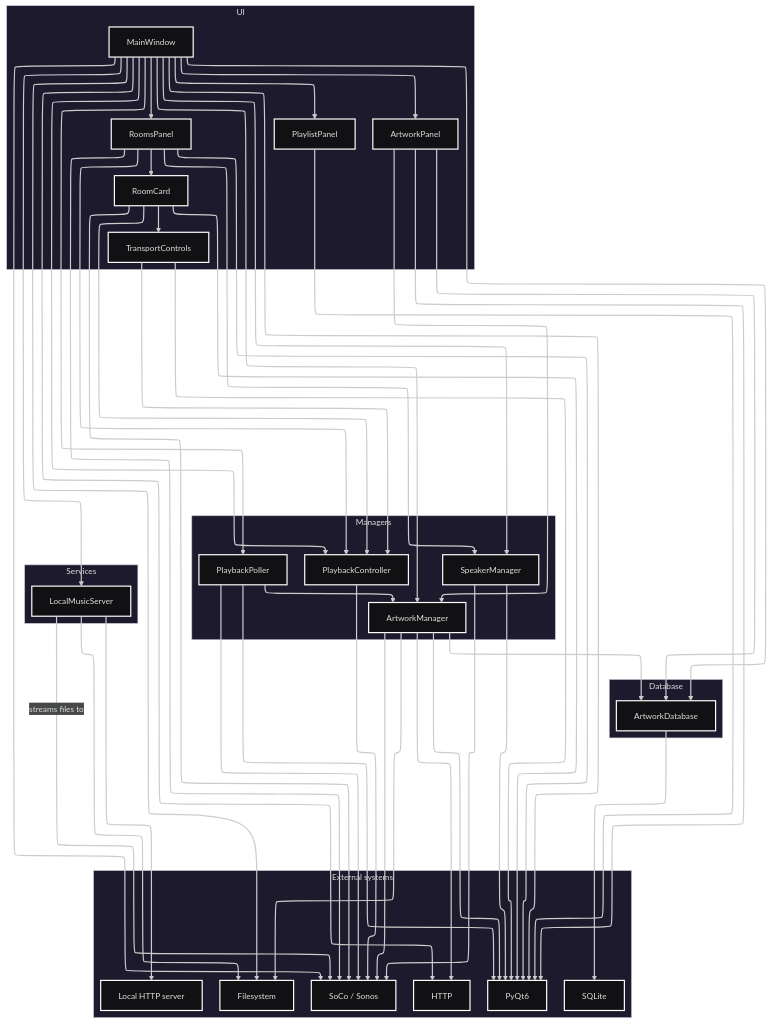
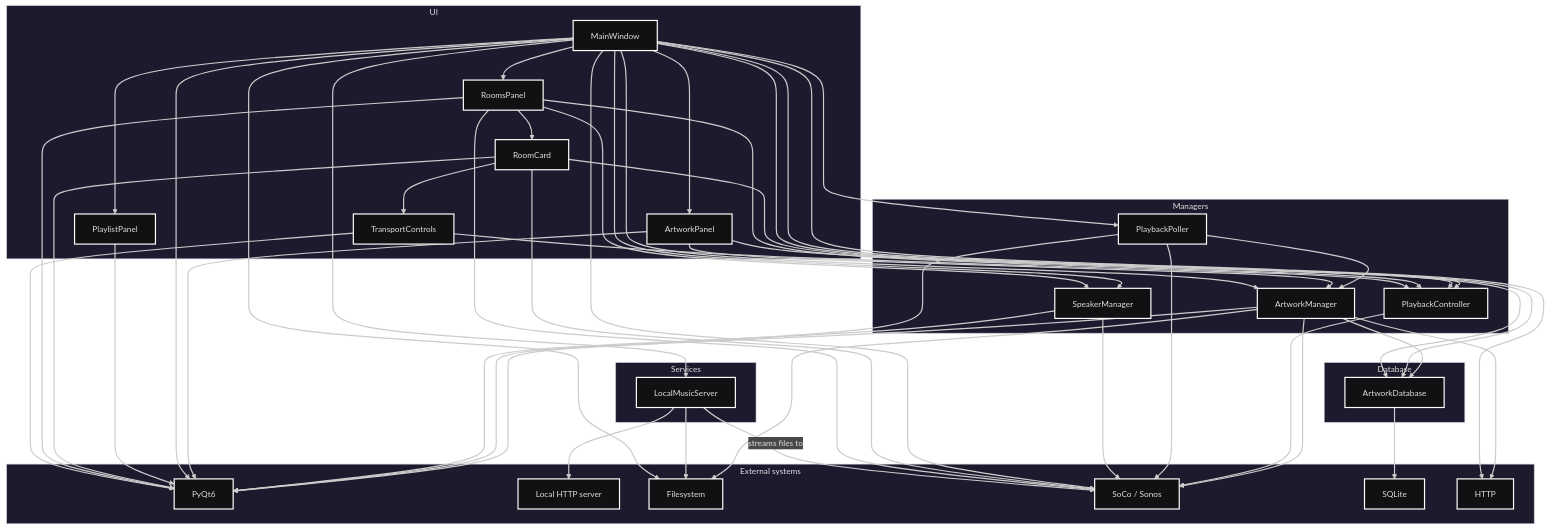
The second of 5 diagrams in docs/architecture.md (SpikeyMikie/Sonos_Rescue), drawn with Mermaid before and after one commit. The commit also changed other lines of this file and 9 other files, not shown here.

First line of the commit message:
docs: tidy architecture documentation output

````diff
--- a/docs/architecture.md
+++ b/docs/architecture.md
@@ -134,8 +134,7 @@
 ```mermaid
 ---
 config:
-    layout: elk
-    theme: redux-dark-color
+  theme: redux-dark-color
 ---
 flowchart TD
 
````
